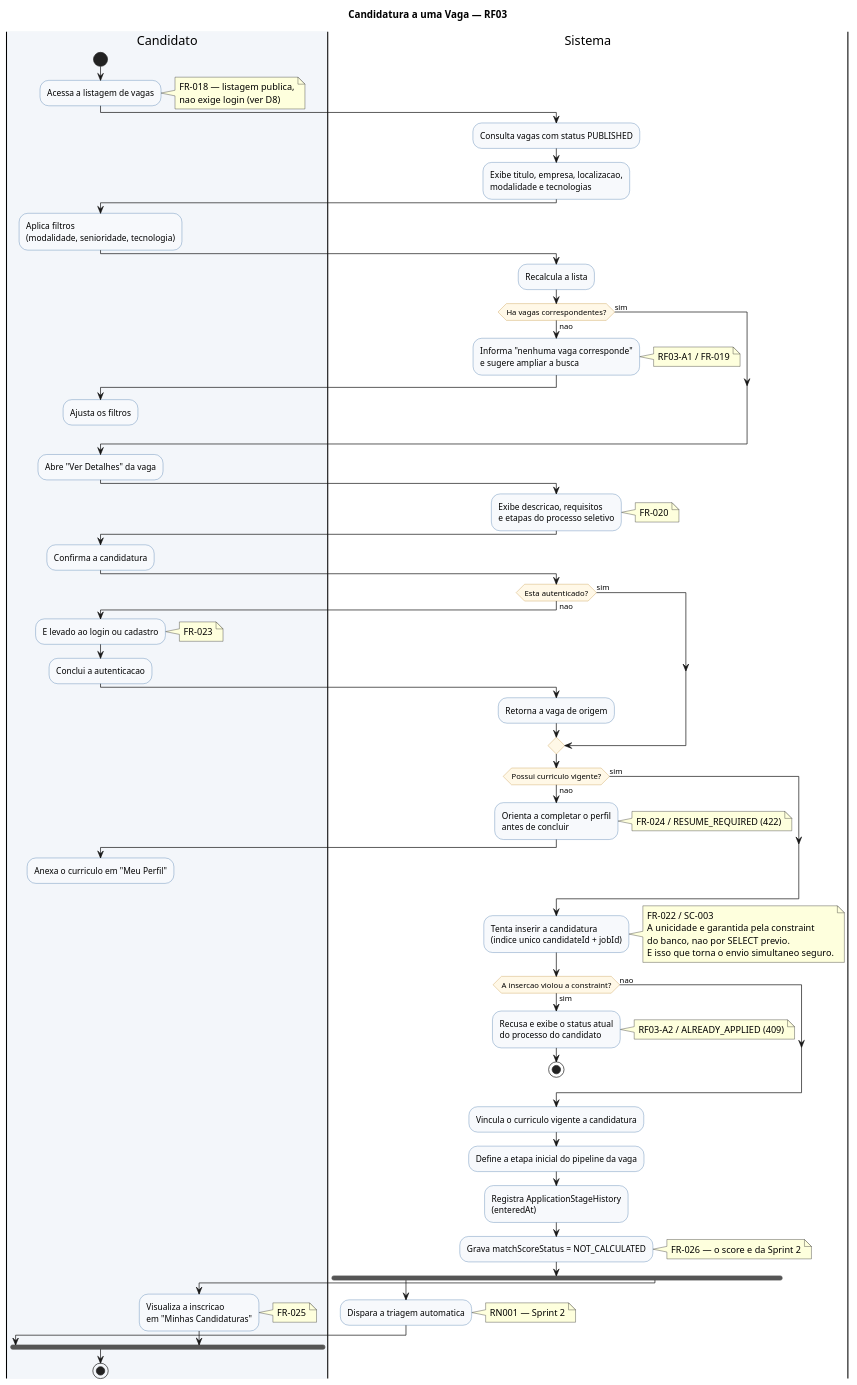
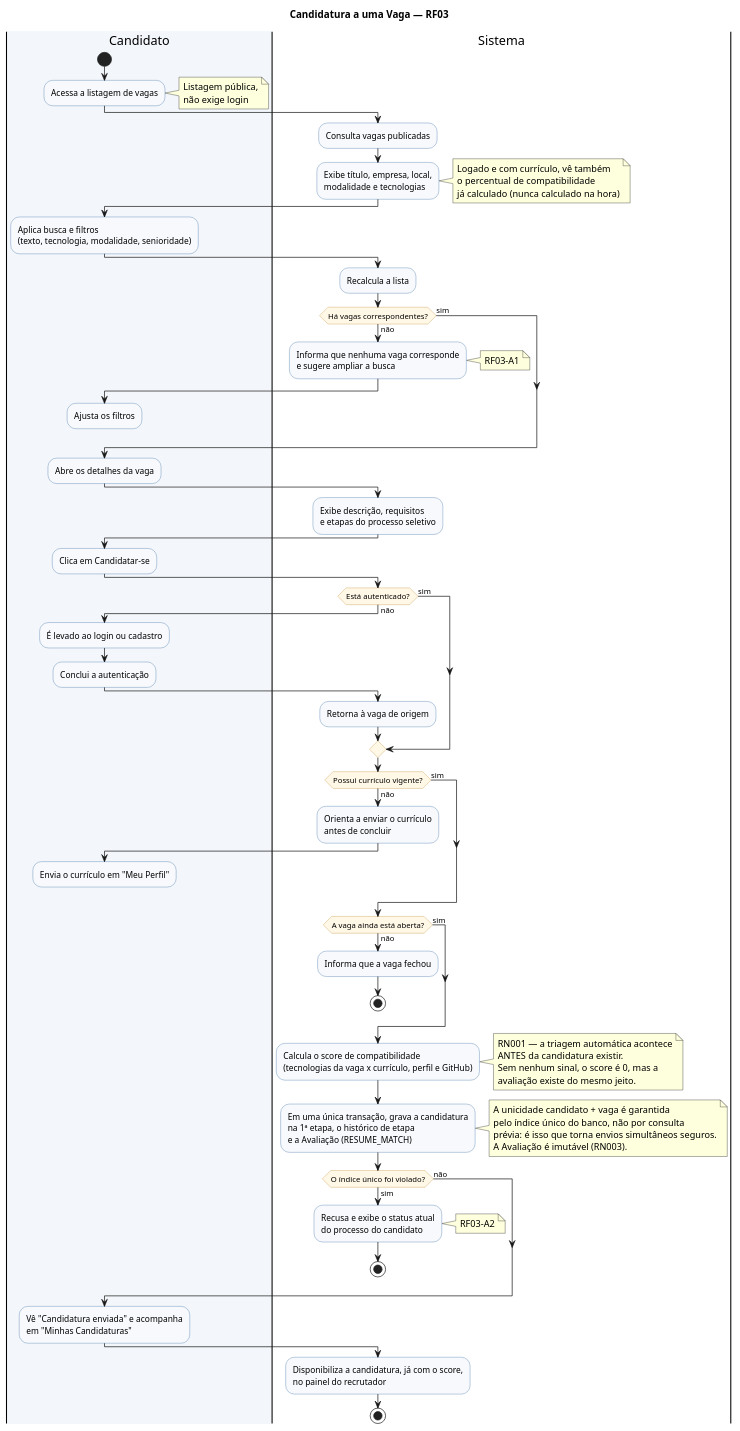
One commit to daviferreira-dev/CLTech changed the diagram in docs/diagramas/Atividade_1_Candidatura.puml. Above: the diagram before and after it, drawn with PlantUML. The commit also changed 47 other files, not shown here.

Commit message:
docs: Sprint 2 - ERS v1.1, diagramas, API, testes e correcoes para deploy

```diff
--- a/docs/diagramas/Atividade_1_Candidatura.puml
+++ b/docs/diagramas/Atividade_1_Candidatura.puml
@@ -1,101 +1,104 @@
 @startuml atividade-candidatura
-' CLTech - Diagrama de Atividade: Candidatura a uma Vaga [RF03]
-' Fonte: ERS secao 2.1 RF03 (fluxo principal, A1, A2) e spec.md User Story 3
-' Renderizar em: https://www.plantuml.com/plantuml ou extensao PlantUML do VS Code
+' CLTech - Diagrama de Atividade: Candidatura a uma Vaga [RF03 + RN001]
+' Conferido contra src/server/applications/apply.ts
+' Renderizar: java -jar plantuml.jar -charset UTF-8 Atividade_1_Candidatura.puml
 
 title Candidatura a uma Vaga — RF03
 
 skinparam backgroundColor White
 skinparam shadowing false
 skinparam ActivityBackgroundColor #F7F9FC
 skinparam ActivityBorderColor #3B6EA5
 skinparam ActivityDiamondBackgroundColor #FFF8E7
 skinparam ActivityDiamondBorderColor #C2903A
 
 |#F3F6FA|Candidato|
 start
 :Acessa a listagem de vagas;
-note right: FR-018 — listagem publica,\nnao exige login (ver D8)
+note right: Listagem pública,\nnão exige login
 
 |#FFFFFF|Sistema|
-:Consulta vagas com status PUBLISHED;
-:Exibe titulo, empresa, localizacao,\nmodalidade e tecnologias;
+:Consulta vagas publicadas;
+:Exibe título, empresa, local,\nmodalidade e tecnologias;
+note right: Logado e com currículo, vê também\no percentual de compatibilidade\njá calculado (nunca calculado na hora)
 
 |Candidato|
-:Aplica filtros\n(modalidade, senioridade, tecnologia);
+:Aplica busca e filtros\n(texto, tecnologia, modalidade, senioridade);
 
 |Sistema|
 :Recalcula a lista;
-if (Ha vagas correspondentes?) then (nao)
-  :Informa "nenhuma vaga corresponde"\ne sugere ampliar a busca;
-  note right: RF03-A1 / FR-019
+if (Há vagas correspondentes?) then (não)
+  :Informa que nenhuma vaga corresponde\ne sugere ampliar a busca;
+  note right: RF03-A1
   |Candidato|
   :Ajusta os filtros;
   detach
 else (sim)
 endif
 
 |Candidato|
-:Abre "Ver Detalhes" da vaga;
+:Abre os detalhes da vaga;
 
 |Sistema|
-:Exibe descricao, requisitos\ne etapas do processo seletivo;
-note right: FR-020
+:Exibe descrição, requisitos\ne etapas do processo seletivo;
 
 |Candidato|
-:Confirma a candidatura;
+:Clica em Candidatar-se;
 
 |Sistema|
-if (Esta autenticado?) then (nao)
+if (Está autenticado?) then (não)
   |Candidato|
-  :E levado ao login ou cadastro;
-  note right: FR-023
-  :Conclui a autenticacao;
+  :É levado ao login ou cadastro;
+  :Conclui a autenticação;
   |Sistema|
-  :Retorna a vaga de origem;
+  :Retorna à vaga de origem;
 else (sim)
 endif
 
-if (Possui curriculo vigente?) then (nao)
-  :Orienta a completar o perfil\nantes de concluir;
-  note right: FR-024 / RESUME_REQUIRED (422)
+if (Possui currículo vigente?) then (não)
+  :Orienta a enviar o currículo\nantes de concluir;
   |Candidato|
-  :Anexa o curriculo em "Meu Perfil";
+  :Envia o currículo em "Meu Perfil";
   detach
 else (sim)
 endif
 
 |Sistema|
-:Tenta inserir a candidatura\n(indice unico candidateId + jobId);
+if (A vaga ainda está aberta?) then (não)
+  :Informa que a vaga fechou;
+  stop
+else (sim)
+endif
+
+:Calcula o score de compatibilidade\n(tecnologias da vaga x currículo, perfil e GitHub);
 note right
-  FR-022 / SC-003
-  A unicidade e garantida pela constraint
-  do banco, nao por SELECT previo.
-  E isso que torna o envio simultaneo seguro.
+  RN001 — a triagem automática acontece
+  ANTES da candidatura existir.
+  Sem nenhum sinal, o score é 0, mas a
+  avaliação existe do mesmo jeito.
 end note
 
-if (A insercao violou a constraint?) then (sim)
+:Em uma única transação, grava a candidatura\nna 1ª etapa, o histórico de etapa\ne a Avaliação (RESUME_MATCH);
+note right
+  A unicidade candidato + vaga é garantida
+  pelo índice único do banco, não por consulta
+  prévia: é isso que torna envios simultâneos seguros.
+  A Avaliação é imutável (RN003).
+end note
+
+if (O índice único foi violado?) then (sim)
   :Recusa e exibe o status atual\ndo processo do candidato;
-  note right: RF03-A2 / ALREADY_APPLIED (409)
+  note right: RF03-A2
   stop
-else (nao)
+else (não)
 endif
 
-:Vincula o curriculo vigente a candidatura;
-:Define a etapa inicial do pipeline da vaga;
-:Registra ApplicationStageHistory\n(enteredAt);
-:Grava matchScoreStatus = NOT_CALCULATED;
-note right: FR-026 — o score e da Sprint 2
+|Candidato|
+:Vê "Candidatura enviada" e acompanha\nem "Minhas Candidaturas";
 
-fork
-  :Dispara a triagem automatica;
-  note right: RN001 — Sprint 2
-fork again
-  |Candidato|
-  :Visualiza a inscricao\nem "Minhas Candidaturas";
-  note right: FR-025
-end fork
+|Sistema|
+:Disponibiliza a candidatura, já com o score,\nno painel do recrutador;
 
 stop
 
 @enduml
```
